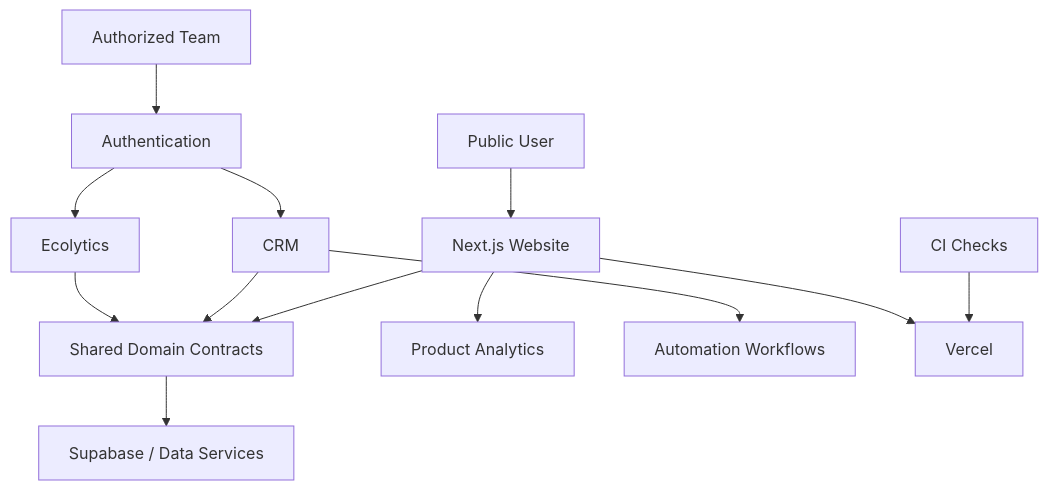
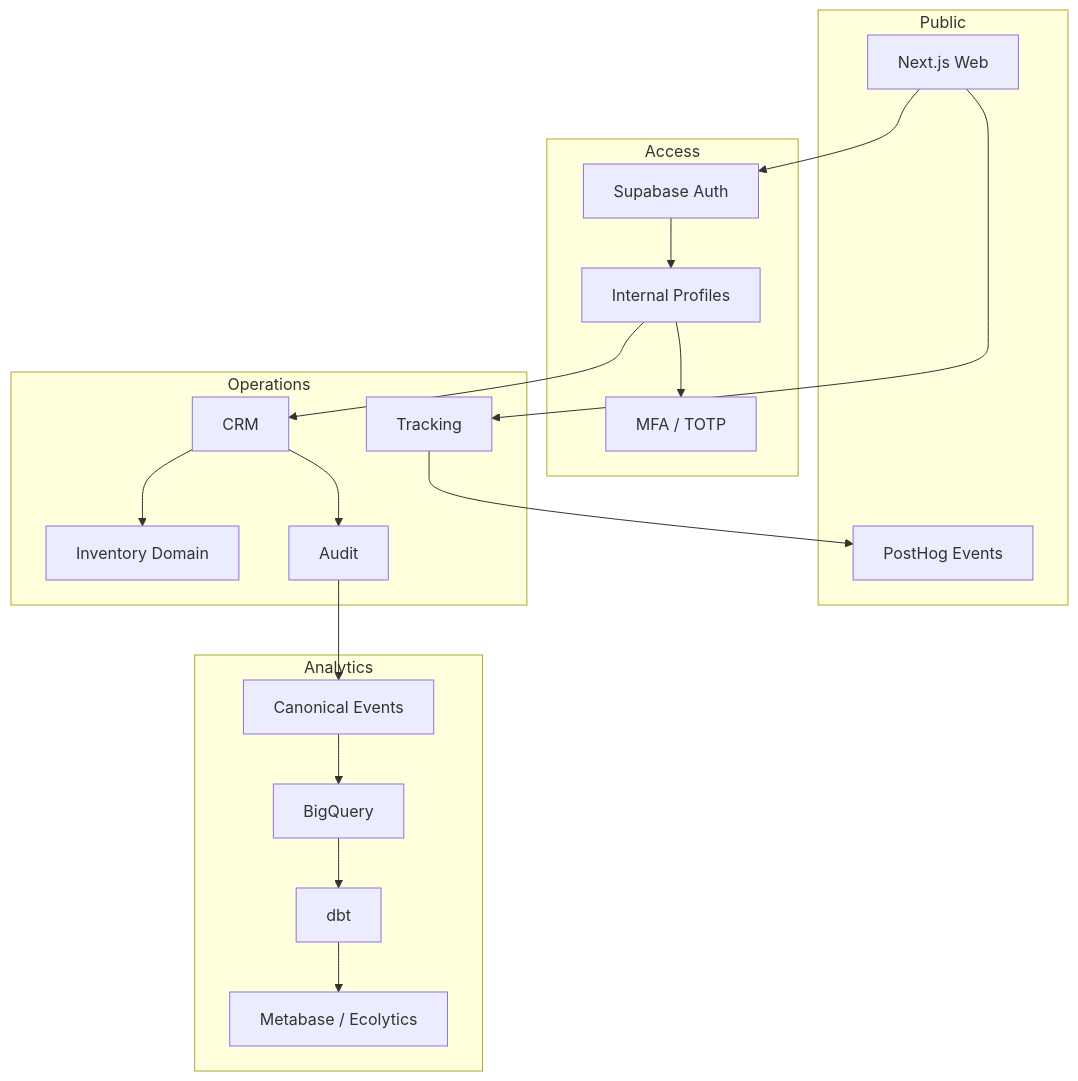
Before and after one commit to KevinT31/ECORAIZ: the diagram in docs/ARCHITECTURE.md, drawn with Mermaid. The commit also changed other lines of this file, not shown here.

Commit message:
docs: expand architecture and security boundaries

````diff
--- a/docs/ARCHITECTURE.md
+++ b/docs/ARCHITECTURE.md
@@ -13,19 +57,40 @@
 ```mermaid
 flowchart TB
-    Public[Public User] --> Website[Next.js Website]
-    Team[Authorized Team] --> Auth[Authentication]
+    subgraph Public
+      Web[Next.js Web]
+      Telemetry[PostHog Events]
+    end
 
-    Auth --> CRM
-    Auth --> Ecolytics
+    subgraph Access
+      Auth[Supabase Auth]
+      Profiles[Internal Profiles]
+      MFA[MFA / TOTP]
+    end
 
-    Website --> Domain[Shared Domain Contracts]
-    CRM --> Domain
-    Ecolytics --> Domain
+    subgraph Operations
+      CRM[CRM]
+      Inventory[Inventory Domain]
+      Audit[Audit]
+      Tracking[Tracking]
+    end
 
-    Domain --> Data[Supabase / Data Services]
-    Website --> Telemetry[Product Analytics]
-    CRM --> Automation[Automation Workflows]
+    subgraph Analytics
+      Canonical[Canonical Events]
+      BQ[BigQuery]
+      DBT[dbt]
+      BI[Metabase / Ecolytics]
+    end
 
-    CI[CI Checks] --> Deploy[Vercel]
-    Website --> Deploy
+    Web --> Auth
+    Auth --> Profiles
+    Profiles --> CRM
+    Profiles --> MFA
+    CRM --> Audit
+    CRM --> Inventory
+    Web --> Tracking
+    Tracking --> Telemetry
+    Audit --> Canonical
+    Canonical --> BQ
+    BQ --> DBT
+    DBT --> BI
 ```
````
